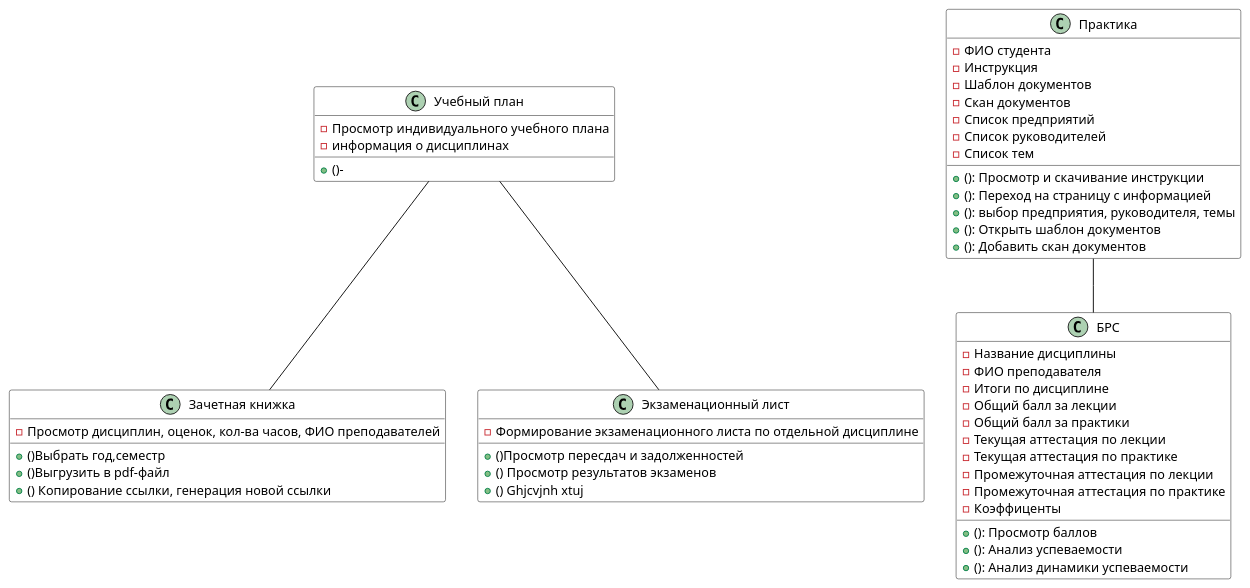
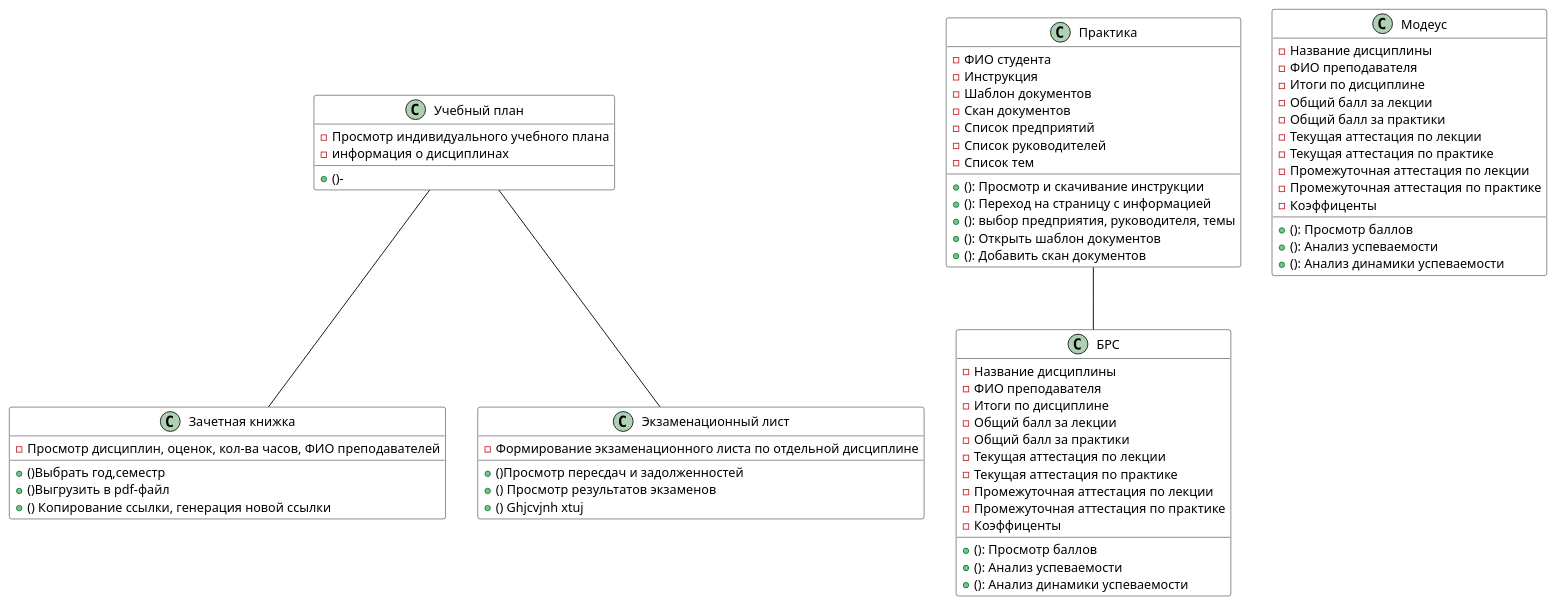
One commit to AEKCOOL1905/first_repo changed the diagram in test2.puml. Above: the diagram before and after it, drawn with PlantUML.

```diff
--- a/test2.puml
+++ b/test2.puml
@@ -1,137 +1,158 @@
 @startuml
 
 ' Настройка стиля для прямоугольника
 skinparam class {
     BackgroundColor #FFF
     BorderColor #000
     ArrowColor #000
     FontName Arial
 }
 
 ' Класс с атрибутами и методами
 
 class "Учебный план" as учебныйплан {
   ' Атрибуты (поля класса)
   - Просмотр индивидуального учебного плана
   - информация о дисциплинах
  
 
  ' Методы (функции класса)
 
   + ()-
 
 }
 
 ' Можно добавить связь с другим классом (опционально)
 ' class AnotherClass
 ' MyClass --> AnotherClass : "использует"
 учебныйплан--Зачетнаякнижка
 
 
 
 ' Настройка стиля для прямоугольника
 skinparam class {
     BackgroundColor #FFF
     BorderColor #000
     ArrowColor #000
     FontName Arial
 }
 
 ' Класс с атрибутами и методами
 
 class "Зачетная книжка" as Зачетнаякнижка {
   ' Атрибуты (поля класса)
   - Просмотр дисциплин, оценок, кол-ва часов, ФИО преподавателей
 
   ' Методы (функции класса)
   +()Выбрать год,семестр
   +()Выгрузить в pdf-файл
   +() Копирование ссылки, генерация новой ссылки
 }
 
 ' Можно добавить связь с другим классом (опционально)
 ' class AnotherClass
 ' MyClass --> AnotherClass : "использует"
 ' Можно добавить связь с другим классом (опционально)
 ' class AnotherClass
 ' MyClass --> AnotherClass : "использует"
 учебныйплан--Экзаменационныйлист
 
 ' Настройка стиля для прямоугольника
 skinparam class {
     BackgroundColor #FFF
     BorderColor #000
     ArrowColor #000
     FontName Arial
 }
 
 ' Класс с атрибутами и методами
 class "Экзаменационный лист" as Экзаменационныйлист {
   ' Атрибуты (поля класса)
   -  Формирование экзаменационного листа по отдельной дисциплине
  
   ' Методы (функции класса)
   + ()Просмотр пересдач и задолженностей 
   + () Просмотр результатов экзаменов
   + () Ghjcvjnh xtuj
 
 }
 
 ' Можно добавить связь с другим классом (опционально)
 ' class AnotherClass
 ' MyClass --> AnotherClass : "использует"g
 
 ' Класс с атрибутами и методами
 class "Практика" as Практика {
   ' Атрибуты (поля класса)
   - ФИО студента
   - Инструкция
   - Шаблон документов
   - Скан документов
   - Список предприятий
   - Список руководителей
   - Список тем
   ' Методы (функции класса)
   + (): Просмотр и скачивание инструкции
   + (): Переход на страницу с информацией
   + (): выбор предприятия, руководителя, темы
   + (): Открыть шаблон документов
   + (): Добавить скан документов
 }
 
 ' Можно добавить связь с другим классом (опционально)
 ' class AnotherClass
 ' MyClass --> AnotherClass : "использует"
 Практика--БРС
 
 ' Настройка стиля для прямоугольника
 skinparam class {
     BackgroundColor #FFF
     BorderColor #000
     ArrowColor #000
     FontName Arial
 }
 
 ' Класс с атрибутами и методами
 class "БРС" as БРС {
   ' Атрибуты (поля класса)
   - Название дисциплины
   - ФИО преподавателя
   - Итоги по дисциплине
   - Общий балл за лекции
   - Общий балл за практики
   - Текущая аттестация по лекции
   - Текущая аттестация по практике
   - Промежуточная аттестация по лекции
   - Промежуточная аттестация по практике
   - Коэффиценты
   ' Методы (функции класса)
   + (): Просмотр баллов
   + (): Анализ успеваемости
   + (): Анализ динамики успеваемости
 }
 ' Можно добавить связь с другим классом (опционально)
 ' class AnotherClass
 ' MyClass --> AnotherClass : "использует"
 
+' Класс с атрибутами и методами
+class "Модеус" as Модеус {
+  ' Атрибуты (поля класса)
+  - Название дисциплины
+  - ФИО преподавателя
+  - Итоги по дисциплине
+  - Общий балл за лекции
+  - Общий балл за практики
+  - Текущая аттестация по лекции
+  - Текущая аттестация по практике
+  - Промежуточная аттестация по лекции
+  - Промежуточная аттестация по практике
+  - Коэффиценты
+  ' Методы (функции класса)
+  + (): Просмотр баллов
+  + (): Анализ успеваемости
+  + (): Анализ динамики успеваемости
+}
+' Можно добавить связь с другим классом (опционально)
+' class AnotherClass
+' MyClass --> AnotherClass : "использует"
 @enduml
```
